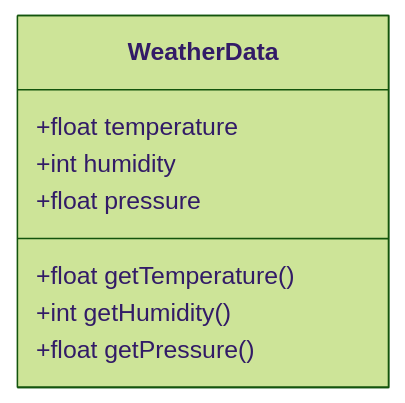
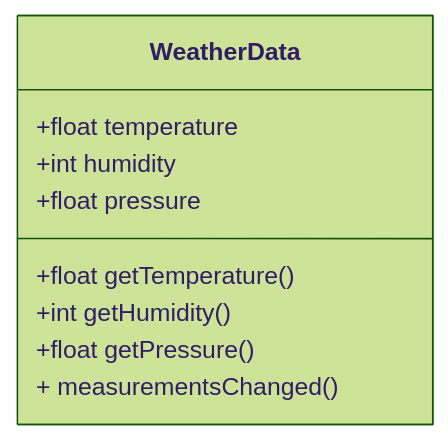
One commit to sovan92/LowLevelDesignDocuments changed the first of 2 diagrams in observerpattern.md. Above: the diagram before and after it, drawn with Mermaid (forest theme). The commit also changed other lines of this file, not shown here.

````diff
--- a/observerpattern.md
+++ b/observerpattern.md
@@ -12,14 +12,15 @@
 ```mermaid
 
 classDiagram
     direction TB
     class WeatherData {
         +float temperature
         +int humidity
         +float pressure
         +float getTemperature()
         +int getHumidity()
         +float getPressure()
+        + measurementsChanged()
     }
 
 ```
````
